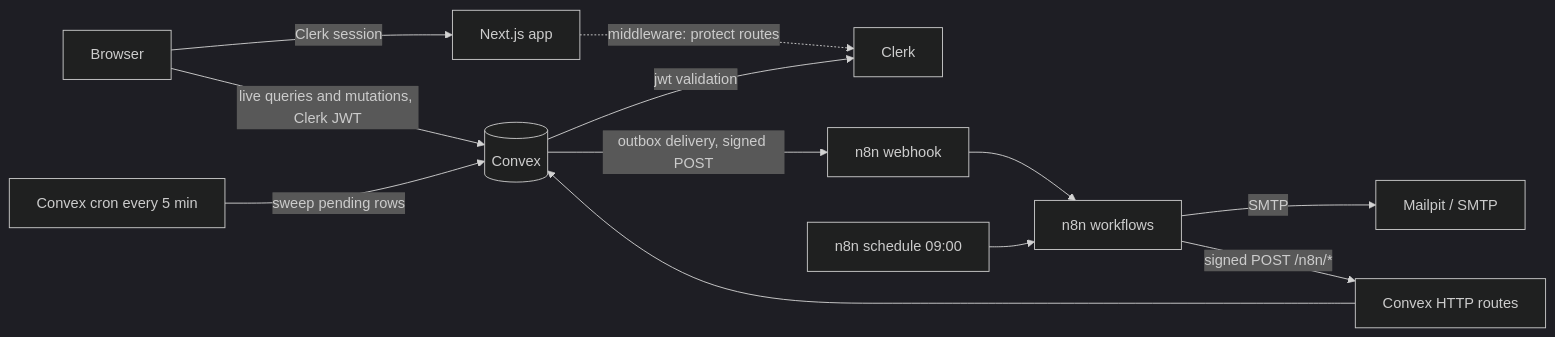
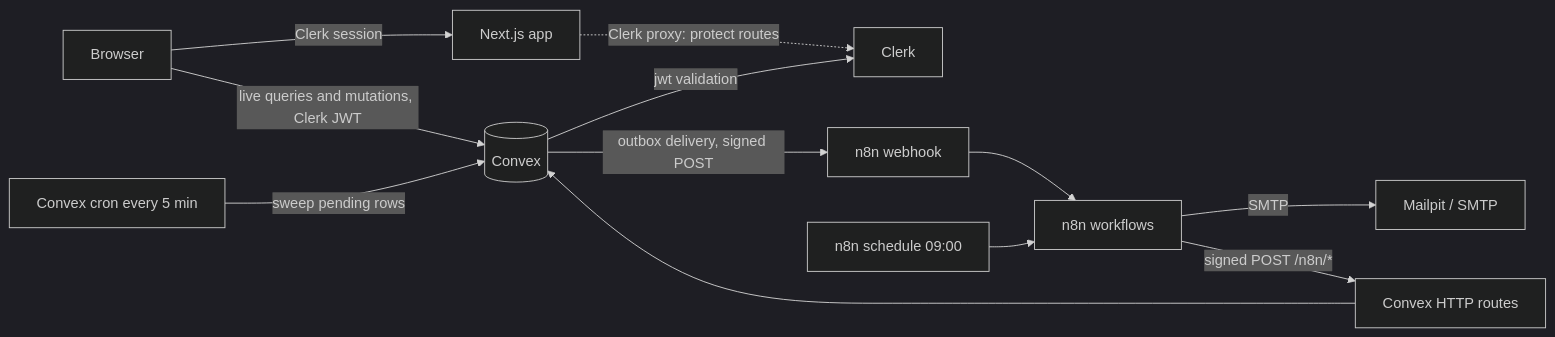
One commit to t-nielzon/lendloop changed the first of 2 diagrams in README.md. Above: the diagram before and after it, drawn with Mermaid (dark theme). The commit also changed other lines of this file and 1 other file, not shown here.

````diff
--- a/README.md
+++ b/README.md
@@ -160,14 +162,14 @@
 ```mermaid
 flowchart LR
   B[Browser] -->|Clerk session| N[Next.js app]
   B -->|live queries and mutations, Clerk JWT| C[(Convex)]
-  N -.->|middleware: protect routes| Clerk
+  N -.->|Clerk proxy: protect routes| Clerk
   C -->|jwt validation| Clerk[Clerk]
   C -->|outbox delivery, signed POST| W[n8n webhook]
   W --> E[n8n workflows]
   E -->|SMTP| M[Mailpit / SMTP]
   S[n8n schedule 09:00] --> E
   E -->|signed POST /n8n/*| H[Convex HTTP routes]
   H --> C
   K[Convex cron every 5 min] -->|sweep pending rows| C
 ```
````
